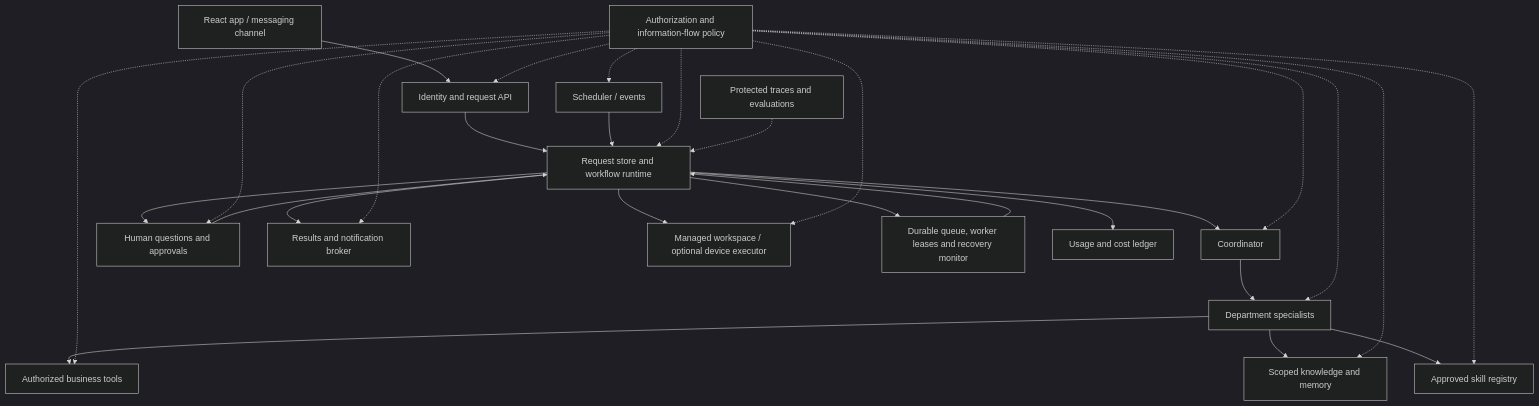
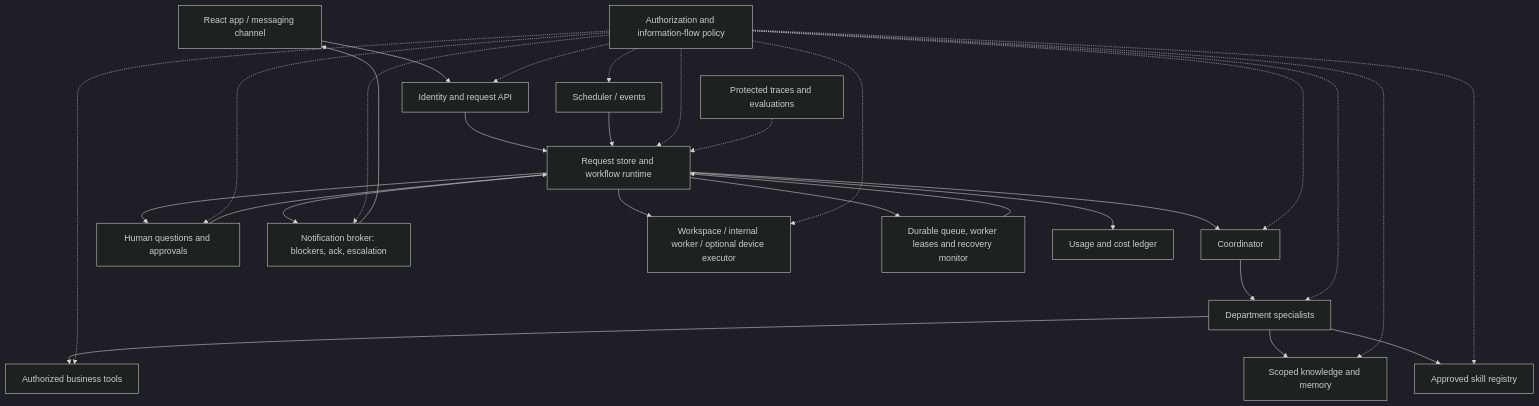
Before and after one commit to zAcherttp/se373-bizops: the first of 3 diagrams in docs/ARCHITECTURE.md, drawn with Mermaid (dark theme). The commit also changed other lines of this file and 4 other files, not shown here.

First line of the commit message:
Tighten ARCHITECTURE.md and fold the deployment notes into it

````diff
--- a/docs/ARCHITECTURE.md
+++ b/docs/ARCHITECTURE.md
@@ -50,30 +55,31 @@
 ```mermaid
 flowchart TD
     A[React app / messaging channel] --> B[Identity and request API]
     B --> C[Request store and workflow runtime]
     C --> D[Coordinator]
     D --> E[Department specialists]
     E --> F[Authorized business tools]
     E --> G[Scoped knowledge and memory]
     E --> H[Approved skill registry]
     C --> I[Human questions and approvals]
     I --> C
     J[Scheduler / events] --> C
-    C --> K[Results and notification broker]
-    C --> X[Managed workspace / optional device executor]
+    C --> K[Notification broker: blockers, ack, escalation]
+    K --> A
+    C --> X[Workspace / internal worker / optional device executor]
     C --> W[Durable queue, worker leases and recovery monitor]
     W --> C
     C --> V[Usage and cost ledger]
     L[Authorization and information-flow policy] -.-> B
     L -.-> C
     L -.-> D
     L -.-> E
     L -.-> F
     L -.-> G
     L -.-> H
     L -.-> I
     L -.-> J
     L -.-> K
     L -.-> X
     M[Protected traces and evaluations] -.-> C
 ```
````
